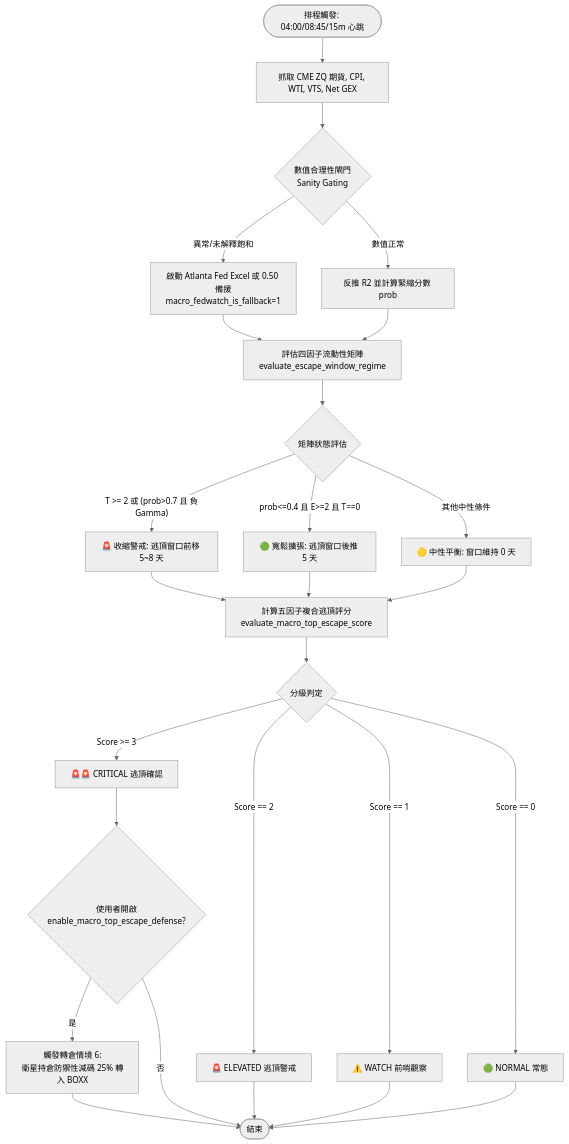
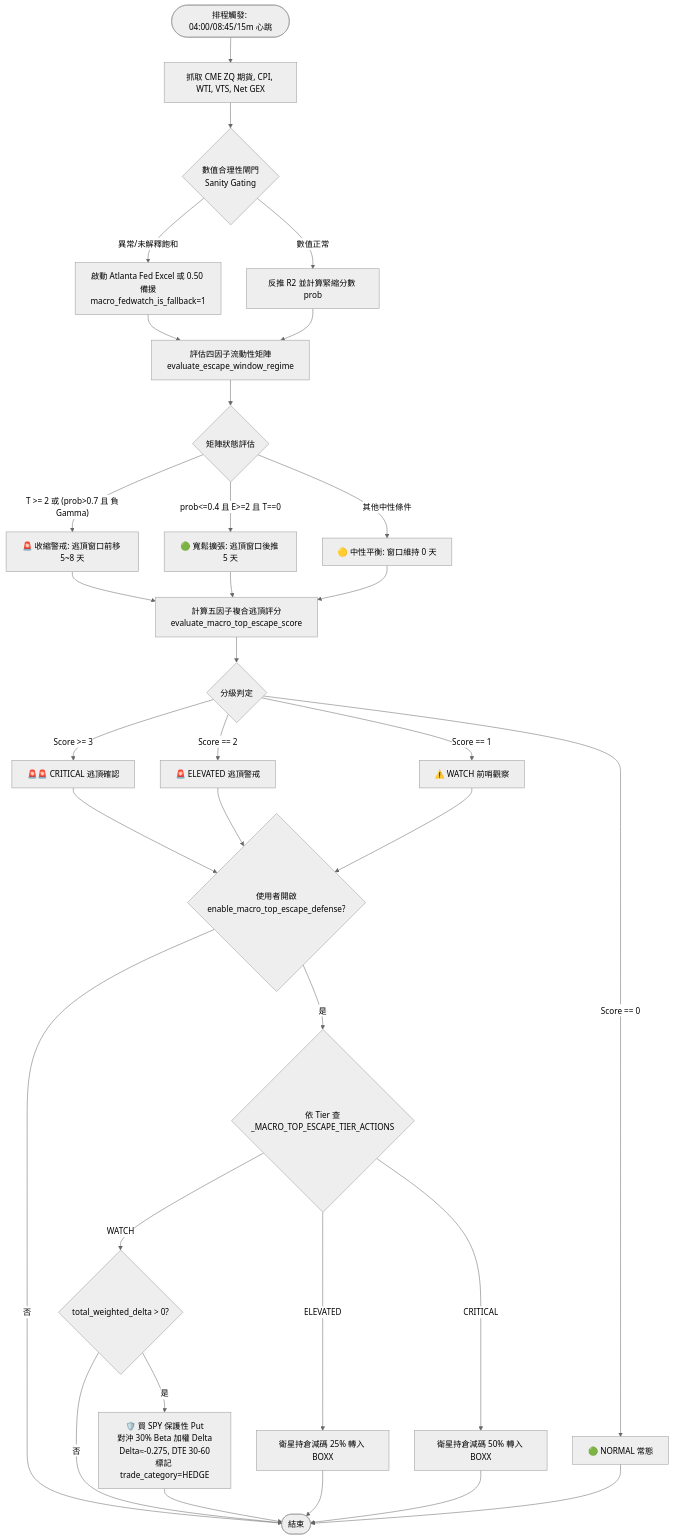
Before and after one commit to cosmo-chang-1701/nexus-seeker: the diagram in docs/macro_sentiment/01_macro_escape_top_matrix.md, drawn with Mermaid (neutral theme). The commit also changed other lines of this file and 26 other files, not shown here.

````diff
--- a/docs/macro_sentiment/01_macro_escape_top_matrix.md
+++ b/docs/macro_sentiment/01_macro_escape_top_matrix.md
@@ -109,34 +131,45 @@
 ```mermaid
 flowchart TD
     Start([排程觸發: 04:00/08:45/15m 心跳]) --> FetchMacro[抓取 CME ZQ 期貨, CPI, WTI, VTS, Net GEX]
     FetchMacro --> SanityCheck{"數值合理性閘門<br/>Sanity Gating"}
 
     SanityCheck -- 異常/未解釋飽和 --> FallbackState["啟動 Atlanta Fed Excel 或 0.50 備援<br/>macro_fedwatch_is_fallback=1"]
     SanityCheck -- 數值正常 --> CalculateProb[反推 R2 並計算緊縮分數 prob]
 
     FallbackState --> EscapeRegime["評估四因子流動性矩陣<br/>evaluate_escape_window_regime"]
     CalculateProb --> EscapeRegime
 
     EscapeRegime --> WindowShift{矩陣狀態評估}
     WindowShift -- "T >= 2 或 (prob>0.7 且 負Gamma)" --> ShiftEarly[🚨 收縮警戒: 逃頂窗口前移 5~8 天]
     WindowShift -- "prob<=0.4 且 E>=2 且 T==0" --> ShiftLate[🟢 寬鬆擴張: 逃頂窗口後推 5 天]
     WindowShift -- 其他中性條件 --> ShiftNeutral[🟡 中性平衡: 窗口維持 0 天]
 
     ShiftEarly --> TopEscapeScore["計算五因子複合逃頂評分<br/>evaluate_macro_top_escape_score"]
     ShiftLate --> TopEscapeScore
     ShiftNeutral --> TopEscapeScore
 
     TopEscapeScore --> CheckTier{分級判定}
     CheckTier -- "Score >= 3" --> CriticalTier[🚨🚨 CRITICAL 逃頂確認]
     CheckTier -- "Score == 2" --> ElevatedTier[🚨 ELEVATED 逃頂警戒]
     CheckTier -- "Score == 1" --> WatchTier[⚠️ WATCH 前哨觀察]
     CheckTier -- "Score == 0" --> NormalTier[🟢 NORMAL 常態]
 
     CriticalTier --> Scenario6Gate{"使用者開啟<br/>enable_macro_top_escape_defense?"}
-    Scenario6Gate -- 是 --> ExecScenario6["觸發轉倉情境 6:<br/>衛星持倉防禦性減碼 25% 轉入 BOXX"]
+    ElevatedTier --> Scenario6Gate
+    WatchTier --> Scenario6Gate
+
     Scenario6Gate -- 否 --> EndReport[僅呈現終端 Embed 警報]
-    ElevatedTier --> EndReport
-    WatchTier --> EndReport
+    Scenario6Gate -- 是 --> TierAction{"依 Tier 查<br/>_MACRO_TOP_ESCAPE_TIER_ACTIONS"}
+
+    TierAction -- WATCH --> DeltaCheck{"total_weighted_delta > 0?"}
+    DeltaCheck -- 否 --> EndReport
+    DeltaCheck -- 是 --> BuyPut["🛡️ 買 SPY 保護性 Put<br/>對沖 30% Beta 加權 Delta<br/>Delta≈-0.275, DTE 30-60<br/>標記 trade_category=HEDGE"]
+
+    TierAction -- ELEVATED --> Trim25["衛星持倉減碼 25% 轉入 BOXX"]
+    TierAction -- CRITICAL --> Trim50["衛星持倉減碼 50% 轉入 BOXX"]
+
     NormalTier --> EndReport
-    ExecScenario6 --> EndReport([結束])
+    BuyPut --> EndReport([結束])
+    Trim25 --> EndReport
+    Trim50 --> EndReport
 ```
````
